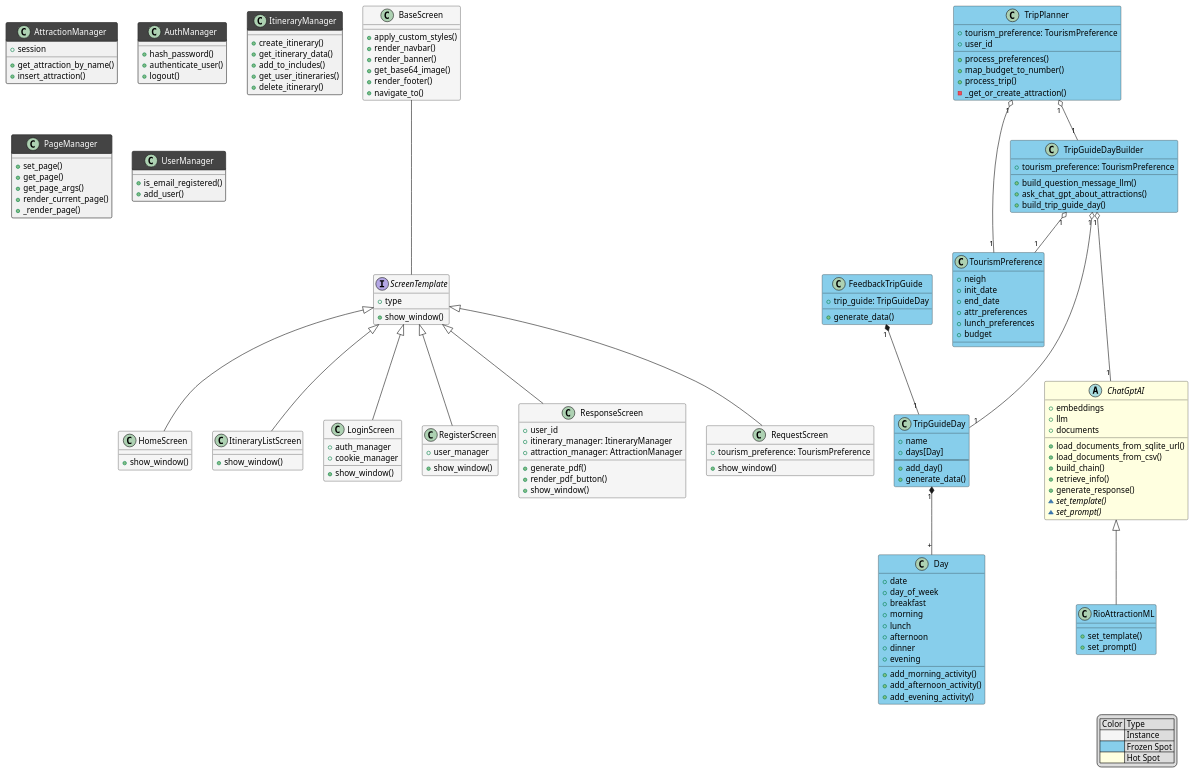
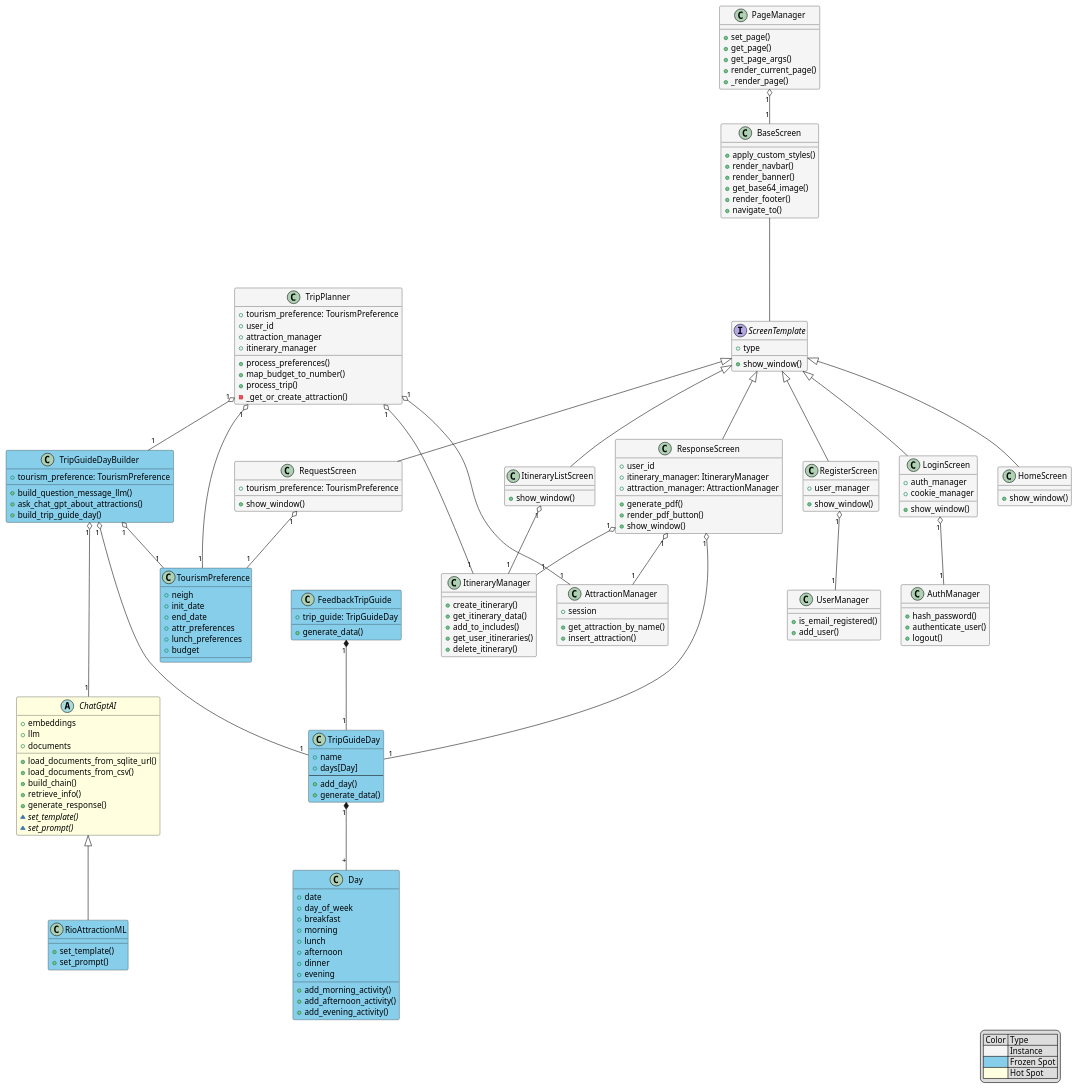
Before and after one commit to isobrrj/where-to-rio: the diagram in diagramacao.plantuml, drawn with PlantUML.

Commit message:
Fazendo mais ajustes na diagramacao

```diff
--- a/diagramacao.plantuml
+++ b/diagramacao.plantuml
@@ -120,9 +120,11 @@
     + set_prompt()
 }
 
-class TripPlanner #SkyBlue {
+class TripPlanner #WhiteSmoke {
     + tourism_preference: TourismPreference
     + user_id
+    + attraction_manager
+    + itinerary_manager
 
     + process_preferences()
     + map_budget_to_number()
@@ -130,20 +132,20 @@
     - _get_or_create_attraction()
 }
 
-class AttractionManager {
+class AttractionManager #WhiteSmoke {
     + session
 
     + get_attraction_by_name()
     + insert_attraction()
 }
 
-class AuthManager {
+class AuthManager #WhiteSmoke {
     + hash_password()
     + authenticate_user()
     + logout()
 }
 
-class ItineraryManager {
+class ItineraryManager #WhiteSmoke {
     + create_itinerary()
     + get_itinerary_data()
     + add_to_includes()
@@ -151,7 +153,7 @@
     + delete_itinerary()
 }
 
-class PageManager {
+class PageManager #WhiteSmoke {
     + set_page()
     + get_page()
     + get_page_args()
@@ -159,7 +161,7 @@
     + _render_page()
 }
 
-class UserManager {
+class UserManager #WhiteSmoke {
     + is_email_registered()
     + add_user()
 }
@@ -171,6 +173,15 @@
 ScreenTemplate <|-- ItineraryListScreen
 ScreenTemplate <|-- HomeScreen
 ScreenTemplate <|-- RegisterScreen
+
+ItineraryListScreen  "1" o-- "1" ItineraryManager
+
+ResponseScreen "1" o-- "1" ItineraryManager
+ResponseScreen "1" o-- "1" AttractionManager
+
+PageManager "1" o-- "1" BaseScreen
+LoginScreen "1" o-- "1" AuthManager
+RegisterScreen "1" o-- "1" UserManager
 
 ChatGptAI <|-- RioAttractionML
 
@@ -184,6 +195,11 @@
 
 TripPlanner "1" o-- "1" TripGuideDayBuilder
 TripPlanner "1" o-- "1" TourismPreference
+TripPlanner "1" o-- "1" ItineraryManager
+TripPlanner "1" o-- "1" AttractionManager
+
+RequestScreen "1" o-- "1" TourismPreference
+ResponseScreen  "1" o-- "1" TripGuideDay
 
 legend right 
     | Color | Type |
```
